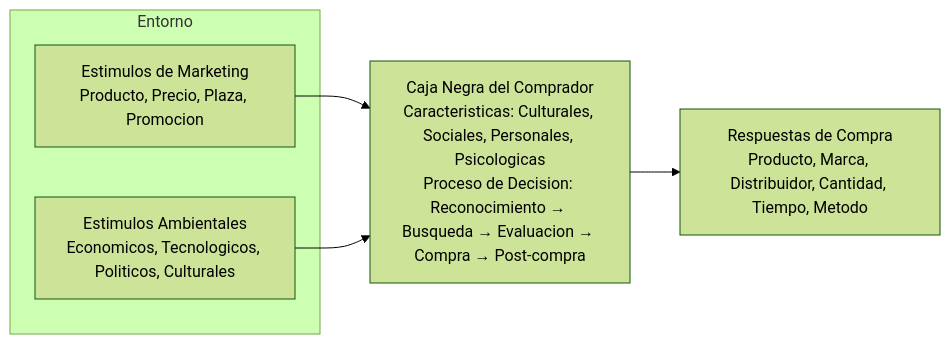
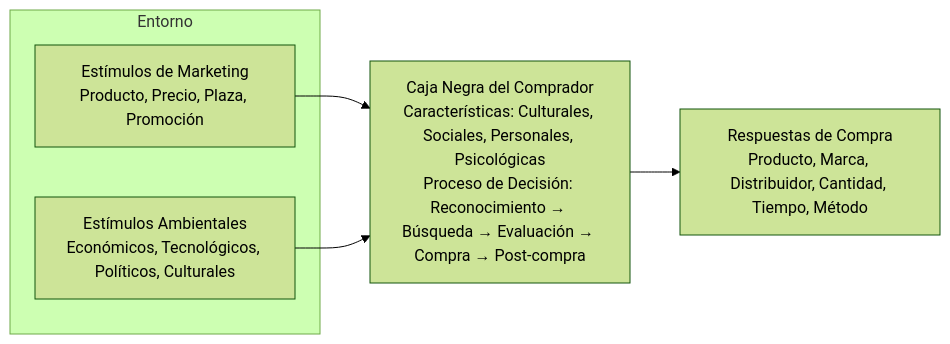
One commit to Mateo-404/AGI changed the third of 3 diagrams in contenido/gestion-ventas/lecciones/l4-1.md. Above: the diagram before and after it, drawn with Mermaid (forest theme). The commit also changed other lines of this file and 51 other files, not shown here.

First line of the commit message:
gestion-ventas: fix mermaid diagrams, referencias format, and interactive blocks

````diff
--- a/contenido/gestion-ventas/lecciones/l4-1.md
+++ b/contenido/gestion-ventas/lecciones/l4-1.md
@@ -76,12 +80,12 @@
-```mermaid Modelo estimulo-respuesta (Kotler)
+```mermaid Modelo estímulo-respuesta (Kotler)
 flowchart LR
   subgraph Entorno
-    E1[Estimulos de Marketing<br/>Producto, Precio, Plaza, Promocion]
-    E2[Estimulos Ambientales<br/>Economicos, Tecnologicos, Politicos, Culturales]
+    E1[Estímulos de Marketing<br/>Producto, Precio, Plaza, Promoción]
+    E2[Estímulos Ambientales<br/>Económicos, Tecnológicos, Políticos, Culturales]
   end
-  Caja[Caja Negra del Comprador<br/>Caracteristicas: Culturales, Sociales, Personales, Psicologicas<br/>Proceso de Decision: Reconocimiento → Busqueda → Evaluacion → Compra → Post-compra]
-  R[Respuestas de Compra<br/>Producto, Marca, Distribuidor, Cantidad, Tiempo, Metodo]
+  Caja[Caja Negra del Comprador<br/>Características: Culturales, Sociales, Personales, Psicológicas<br/>Proceso de Decisión: Reconocimiento → Búsqueda → Evaluación → Compra → Post-compra]
+  R[Respuestas de Compra<br/>Producto, Marca, Distribuidor, Cantidad, Tiempo, Método]
   E1 --> Caja
   E2 --> Caja
   Caja --> R
 ```
````
